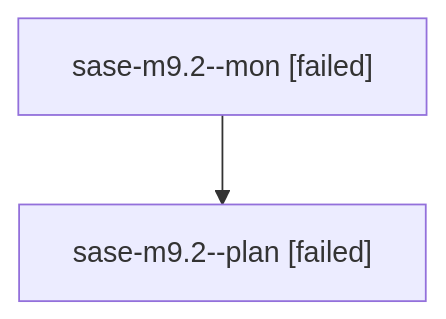
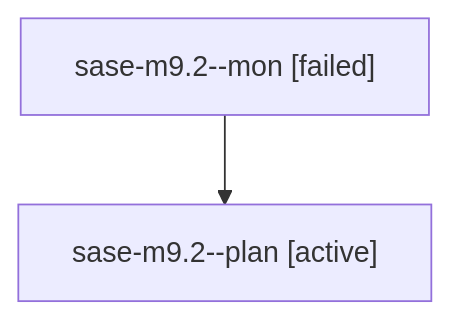
One commit to sase-org/sase--agents changed the diagram in families/bbugyi200.athena.sase-m9.2.md. Above: the diagram before and after it, drawn with Mermaid. The commit also changed other lines of this file and 35830 other files, not shown here.

````diff
--- a/families/bbugyi200.athena.sase-m9.2.md
+++ b/families/bbugyi200.athena.sase-m9.2.md
@@ -9,6 +9,6 @@
 ```mermaid
 flowchart TD
   n0["sase-m9.2--mon [failed]"]
-  n1["sase-m9.2--plan [failed]"]
+  n1["sase-m9.2--plan [active]"]
   n0 --> n1
 ```
````
